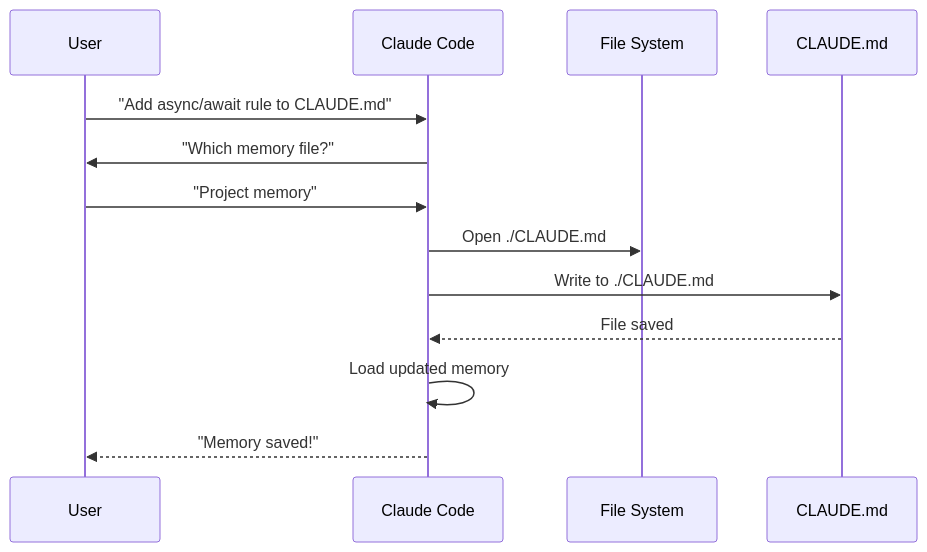
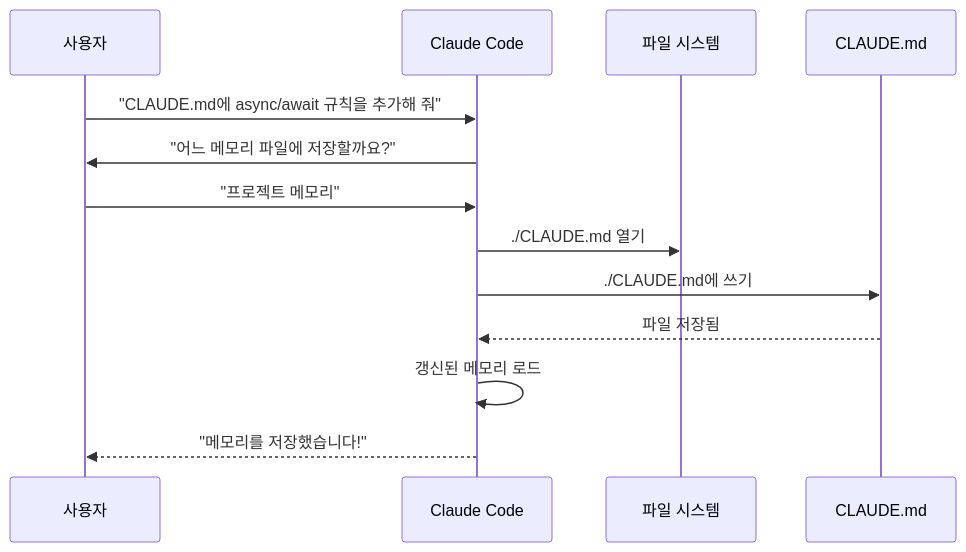
One commit to KIMDONGWHEE99/howkorean changed the third of 5 diagrams in 02-memory/README.md. Above: the diagram before and after it, drawn with Mermaid. The commit also changed other lines of this file, not shown here.

First line of the commit message:
docs(memory): 02-memory 가이드를 한국어로 번역

````diff
--- a/02-memory/README.md
+++ b/02-memory/README.md
@@ -477,16 +477,16 @@
 ```mermaid
 sequenceDiagram
-    participant User
+    participant User as 사용자
     participant Claude as Claude Code
-    participant Editor as File System
+    participant Editor as 파일 시스템
     participant Memory as CLAUDE.md
 
-    User->>Claude: "Add async/await rule to CLAUDE.md"
-    Claude->>User: "Which memory file?"
-    User->>Claude: "Project memory"
-    Claude->>Editor: Open ./CLAUDE.md
-    Claude->>Memory: Write to ./CLAUDE.md
-    Memory-->>Claude: File saved
-    Claude->>Claude: Load updated memory
-    Claude-->>User: "Memory saved!"
+    User->>Claude: "CLAUDE.md에 async/await 규칙을 추가해 줘"
+    Claude->>User: "어느 메모리 파일에 저장할까요?"
+    User->>Claude: "프로젝트 메모리"
+    Claude->>Editor: ./CLAUDE.md 열기
+    Claude->>Memory: ./CLAUDE.md에 쓰기
+    Memory-->>Claude: 파일 저장됨
+    Claude->>Claude: 갱신된 메모리 로드
+    Claude-->>User: "메모리를 저장했습니다!"
 ```
````
